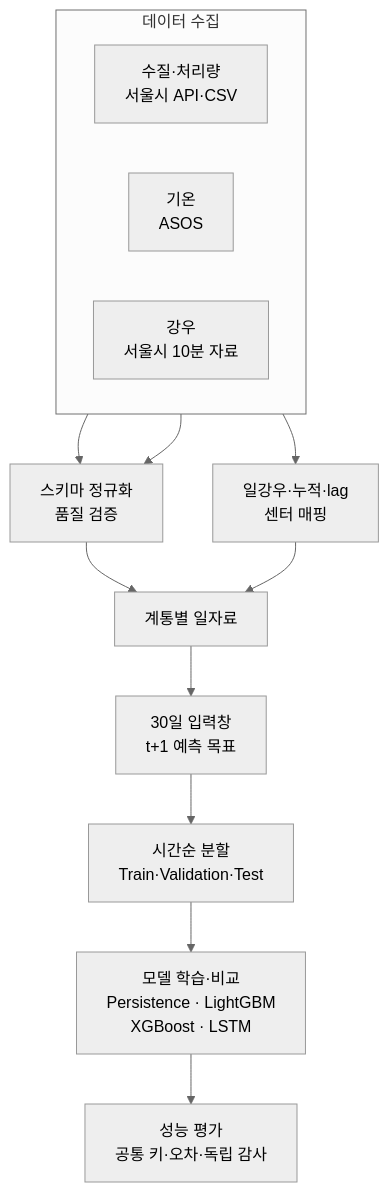
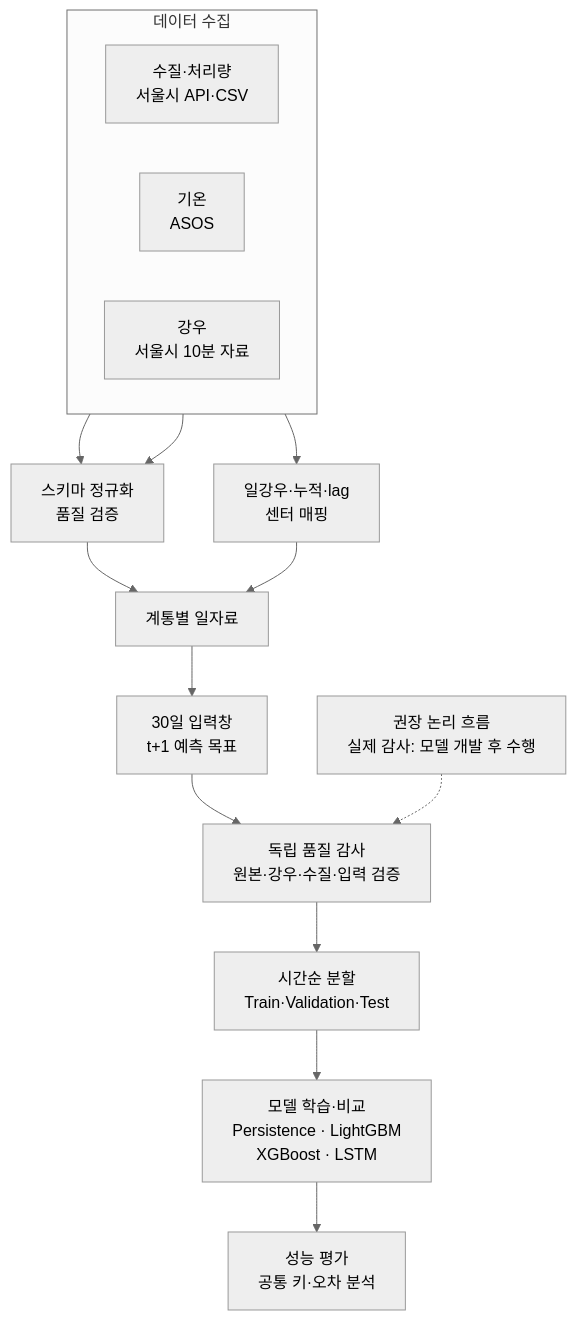
The diagram in README.md (galaxybuddy98/seoul-wastewater-ai-forecast), drawn with Mermaid (neutral theme) before and after one commit.

Commit message:
docs: clarify independent audit pipeline stage

````diff
--- a/README.md
+++ b/README.md
@@ -26,19 +26,22 @@
 ```mermaid
 flowchart TB
     subgraph INPUT["데이터 수집"]
         direction LR
         A["수질·처리량<br/>서울시 API·CSV"]
         B["기온<br/>ASOS"]
         C["강우<br/>서울시 10분 자료"]
     end
 
     A --> D["스키마 정규화<br/>품질 검증"]
     B --> D
     C --> E["일강우·누적·lag<br/>센터 매핑"]
     D --> F["계통별 일자료"]
     E --> F
     F --> G["30일 입력창<br/>t+1 예측 목표"]
-    G --> H["시간순 분할<br/>Train·Validation·Test"]
+    G --> Q["독립 품질 감사<br/>원본·강우·수질·입력 검증"]
+    Q --> H["시간순 분할<br/>Train·Validation·Test"]
     H --> I["모델 학습·비교<br/>Persistence · LightGBM<br/>XGBoost · LSTM"]
-    I --> J["성능 평가<br/>공통 키·오차·독립 감사"]
+    I --> J["성능 평가<br/>공통 키·오차 분석"]
+
+    N["권장 논리 흐름<br/>실제 감사: 모델 개발 후 수행"] -.-> Q
 ```
````
